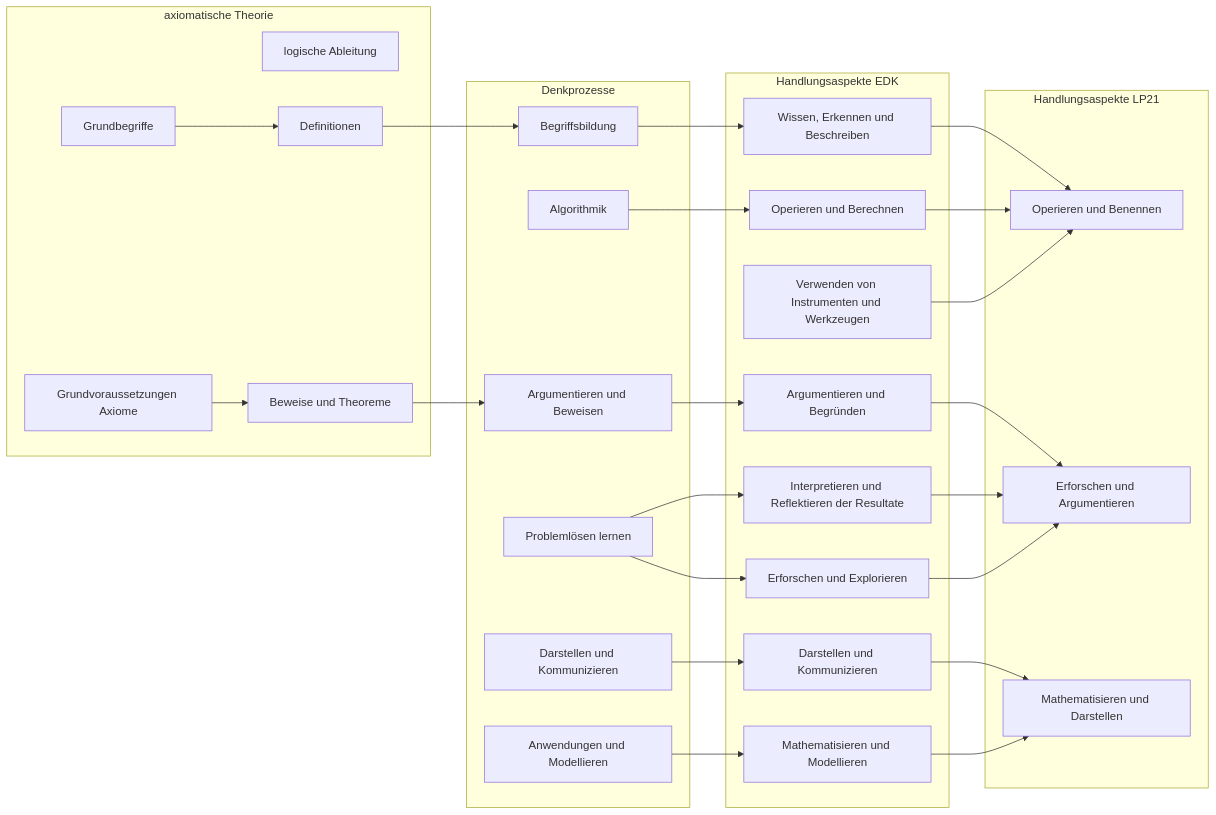
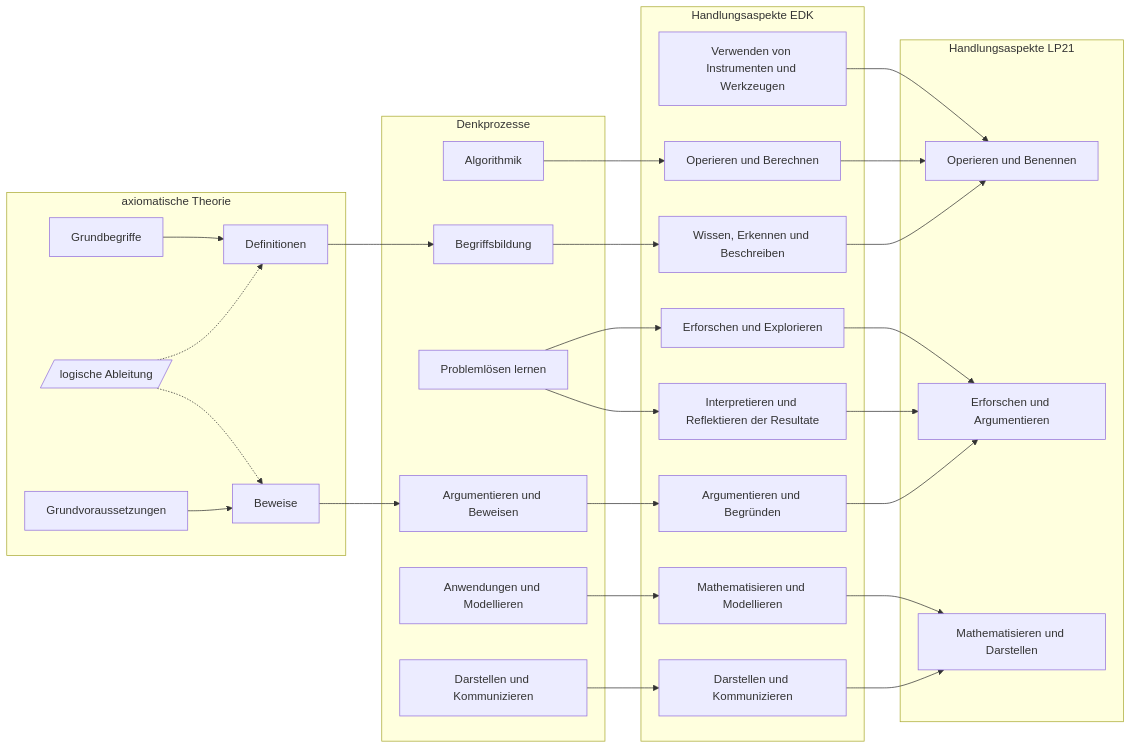
One commit to PHBern-RConrardy/lerngelegenheiten changed the second of 2 diagrams in lerngelegenheiten/LG_math_summative_praes/woche_03.qmd. Above: the diagram before and after it, drawn with Mermaid. The commit also changed other lines of this file and 3 other files, not shown here.

````diff
--- a/lerngelegenheiten/LG_math_summative_praes/woche_03.qmd
+++ b/lerngelegenheiten/LG_math_summative_praes/woche_03.qmd
@@ -161,75 +161,78 @@
 ```{mermaid}
 %%| mermaid-format: png
 
 flowchart LR;
-m1[logische Ableitung]
+m1[/logische Ableitung/]
 m2[Definitionen];
-m3[Beweise und Theoreme];
-m4[Grundvoraussetzungen Axiome];
+m3[Beweise];
+m4[Grundvoraussetzungen];
 m5[Grundbegriffe];
 
 b1[Begriffsbildung];
 b2[Problemlösen lernen];
 b3[Algorithmik];
 b4[Argumentieren und Beweisen];
 b5[Anwendungen und Modellieren];
 b6[Darstellen und Kommunizieren];
 
 h1[Operieren und Benennen];
 h2[Erforschen und Argumentieren];
 h3[Mathematisieren und Darstellen];
 
 edk1[Wissen, Erkennen und Beschreiben];
 edk2[Operieren und Berechnen];
 edk3[Verwenden von Instrumenten und Werkzeugen];
 edk4[Darstellen und Kommunizieren];
 edk5[Mathematisieren und Modellieren];
 edk6[Argumentieren und Begründen];
 edk7[Interpretieren und Reflektieren der Resultate];
 edk8[Erforschen und Explorieren];
 
 m2-->b1-->edk1-->h1;
 b6-->edk4-->h3;
 m3-->b4-->edk6-->h2;
 b3-->edk2-->h1;
 b2-->edk7-->h2;
 b5-->edk5-->h3;
 edk8-->h2;
 edk3-->h1;
 b2-->edk8;
 m4-->m3;
+
+m1-.->m3;
+m1-.->m2;
 m5-->m2;
 
 subgraph axiomatische Theorie
   m2;
   m3;
    m1;
   m4;
   m5;
 end
 
 subgraph Denkprozesse
   b1;
   b2;
   b3;
   b4;
   b5;
   b6;
 end
 subgraph Handlungsaspekte EDK
   edk1;
   edk2;
   edk3;
   edk4;
   edk5;
   edk6;
   edk7;
   edk8;
 end
 subgraph Handlungsaspekte LP21
   h1;
   h2;
   h3;
 end
 
 ```
````
